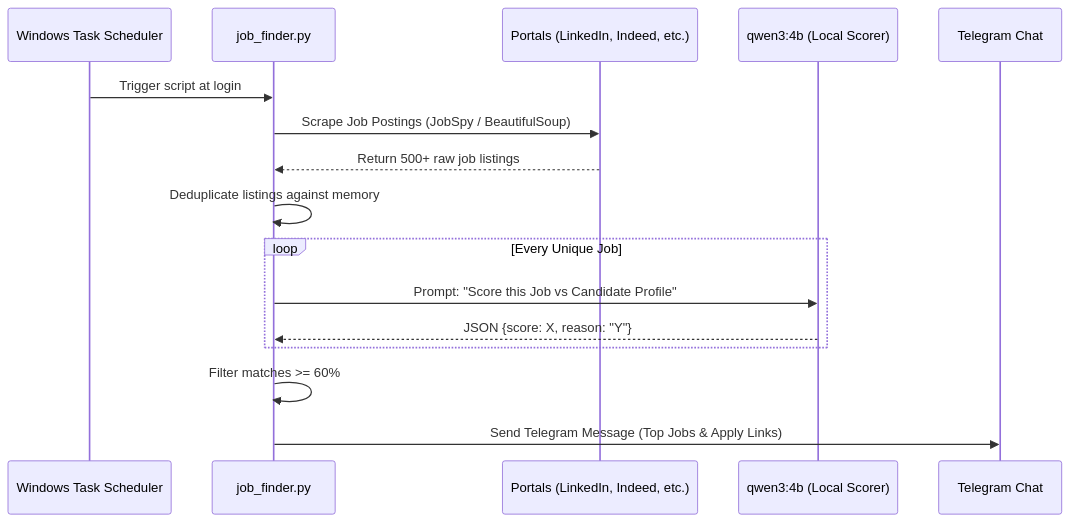
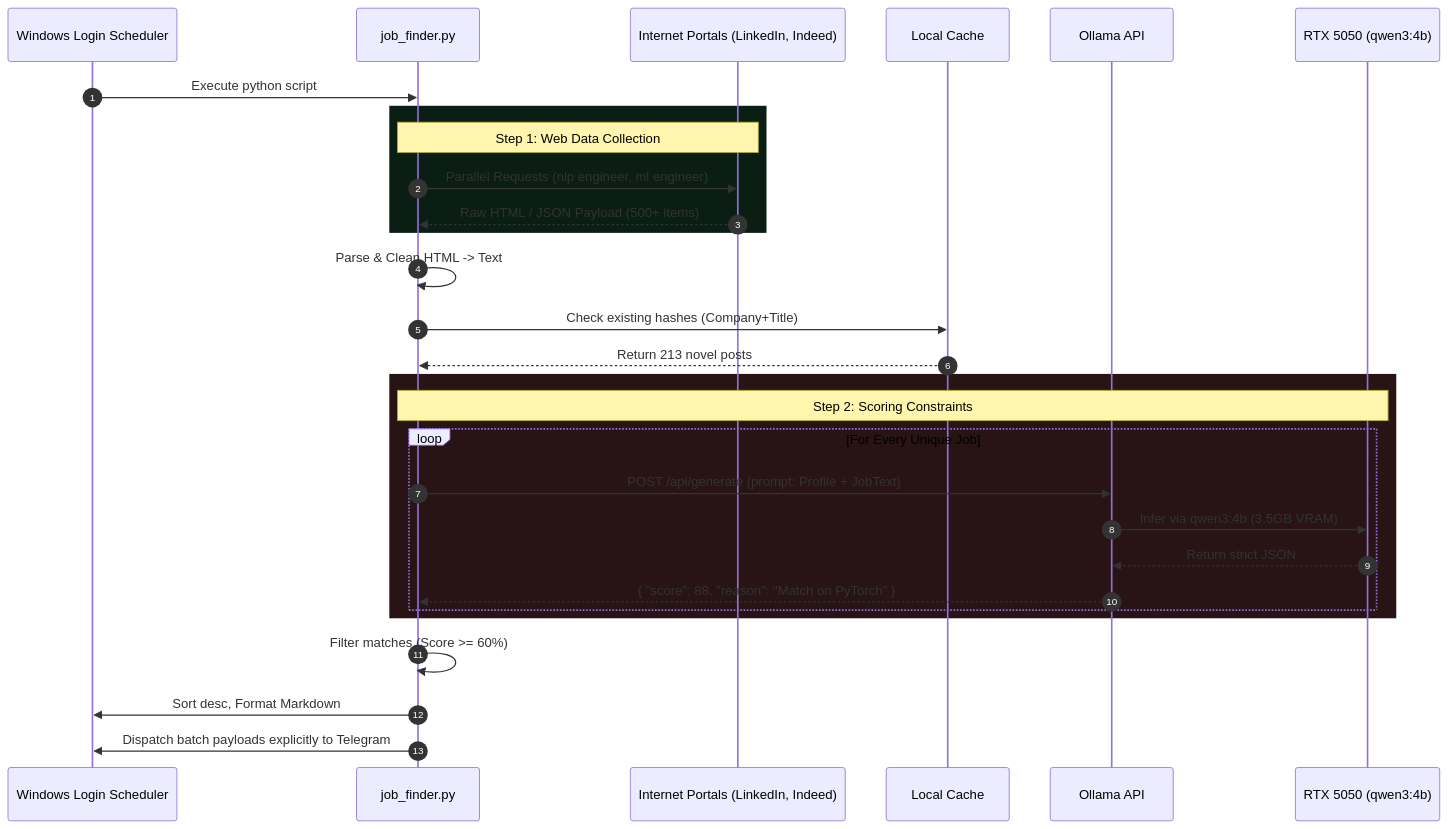
Before and after one commit to ArPaN-DS/Personal_Assist: the second of 3 diagrams in DATA_FLOW.md, drawn with Mermaid. The commit also changed other lines of this file and 2 other files, not shown here.

````diff
--- a/DATA_FLOW.md
+++ b/DATA_FLOW.md
@@ -25,21 +46,37 @@
 ```mermaid
 sequenceDiagram
-    participant Scheduler as Windows Task Scheduler
+    autonumber
+    participant OS as Windows Login Scheduler
     participant JobFinder as job_finder.py
-    participant Web as Portals (LinkedIn, Indeed, etc.)
-    participant Ollama as qwen3:4b (Local Scorer)
-    participant Telegram as Telegram Chat
+    participant Web as Internet Portals (LinkedIn, Indeed)
+    participant Memory as Local Cache
+    participant Ollama as Ollama API
+    participant GPU as RTX 5050 (qwen3:4b)
 
-    Scheduler->>JobFinder: Trigger script at login
-    JobFinder->>Web: Scrape Job Postings (JobSpy / BeautifulSoup)
-    Web-->>JobFinder: Return 500+ raw job listings
-    JobFinder->>JobFinder: Deduplicate listings against memory
+    OS->>JobFinder: Execute python script
     
-    loop Every Unique Job
-        JobFinder->>Ollama: Prompt: "Score this Job vs Candidate Profile"
-        Ollama-->>JobFinder: JSON {score: X, reason: "Y"}
+    rect rgb(10, 30, 20)
+    Note over JobFinder,Web: Step 1: Web Data Collection
+    JobFinder->>Web: Parallel Requests (nlp engineer, ml engineer)
+    Web-->>JobFinder: Raw HTML / JSON Payload (500+ items)
     end
-
-    JobFinder->>JobFinder: Filter matches >= 60%
-    JobFinder->>Telegram: Send Telegram Message (Top Jobs & Apply Links)
+    
+    JobFinder->>JobFinder: Parse & Clean HTML -> Text
+    
+    JobFinder->>Memory: Check existing hashes (Company+Title)
+    Memory-->>JobFinder: Return 213 novel posts
+    
+    rect rgb(40, 20, 20)
+    Note over JobFinder,GPU: Step 2: Scoring Constraints
+    loop For Every Unique Job
+        JobFinder->>Ollama: POST /api/generate {prompt: Profile + JobText}
+        Ollama->>GPU: Infer via qwen3:4b (3.5GB VRAM)
+        GPU-->>Ollama: Return strict JSON
+        Ollama-->>JobFinder: { "score": 88, "reason": "Match on PyTorch" }
+    end
+    end
+    
+    JobFinder->>JobFinder: Filter matches (Score >= 60%)
+    JobFinder->>OS: Sort desc, Format Markdown
+    JobFinder->>OS: Dispatch batch payloads explicitly to Telegram
 ```
````
